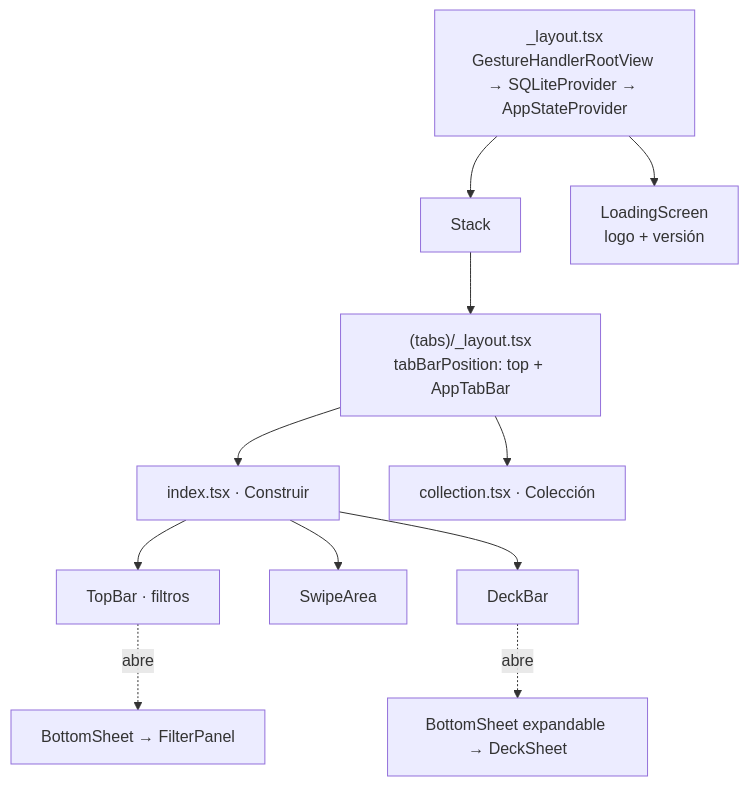
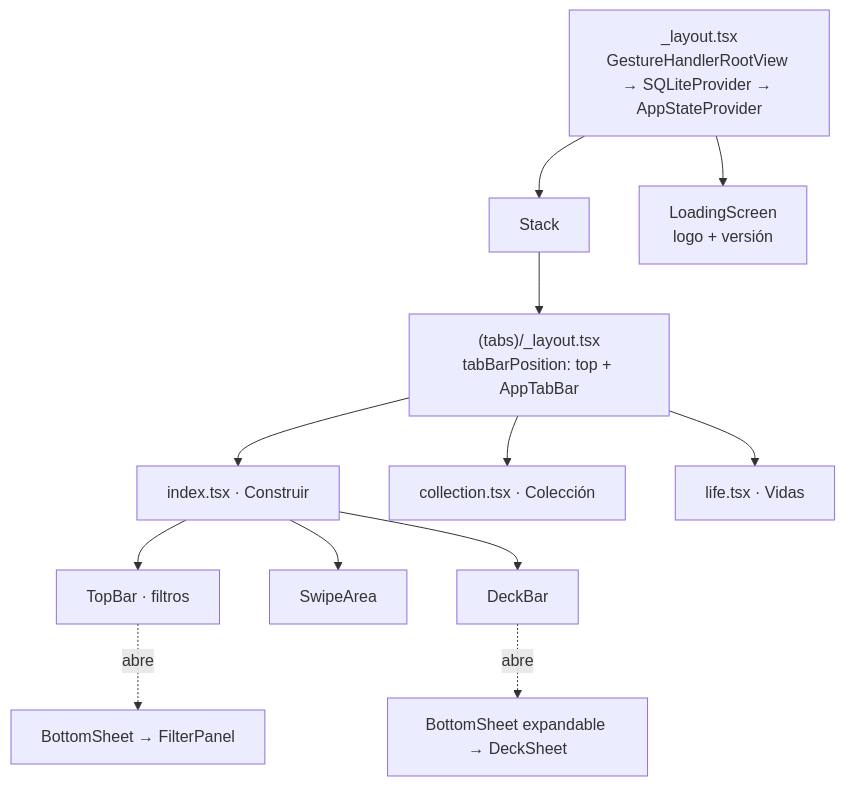
The second of 5 diagrams in docs/ARQUITECTURA.md (cosmona/magicandroid), drawn with Mermaid before and after one commit. The commit also changed other lines of this file and 14 other files, not shown here.

````diff
--- a/docs/ARQUITECTURA.md
+++ b/docs/ARQUITECTURA.md
@@ -92,13 +92,14 @@
 ```mermaid
 flowchart TD
   Root["_layout.tsx<br/>GestureHandlerRootView → SQLiteProvider → AppStateProvider"] --> Stack
   Root --> Loading[LoadingScreen<br/>logo + versión]
   Stack --> Tabs["(tabs)/_layout.tsx<br/>tabBarPosition: top + AppTabBar"]
   Tabs --> Build["index.tsx · Construir"]
   Tabs --> Coll["collection.tsx · Colección"]
+  Tabs --> Life["life.tsx · Vidas"]
   Build --> TopBar[TopBar · filtros]
   Build --> Swipe[SwipeArea]
   Build --> Bar[DeckBar]
   Bar -. abre .-> DeckSheet[BottomSheet expandable → DeckSheet]
   TopBar -. abre .-> Filters[BottomSheet → FilterPanel]
 ```
````
